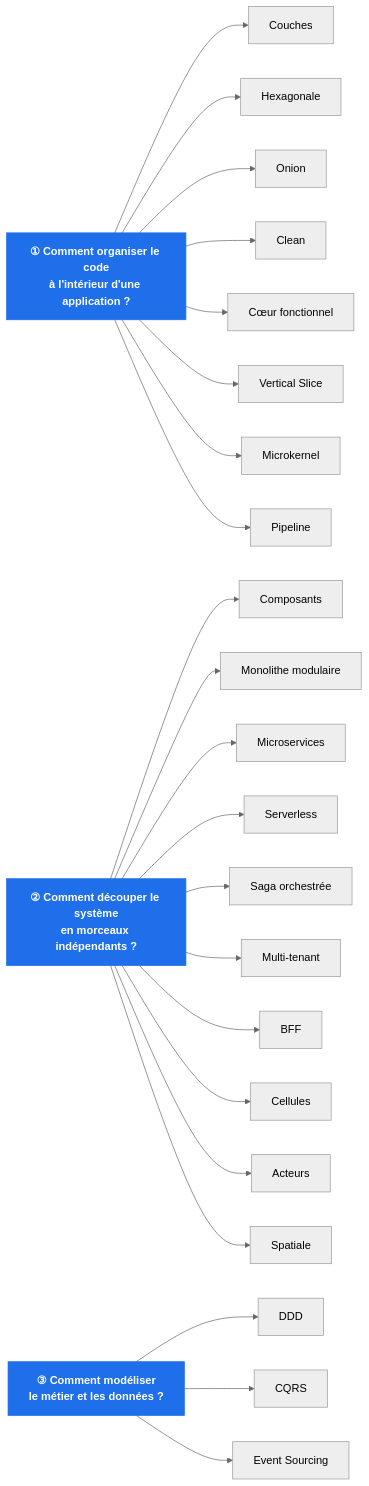
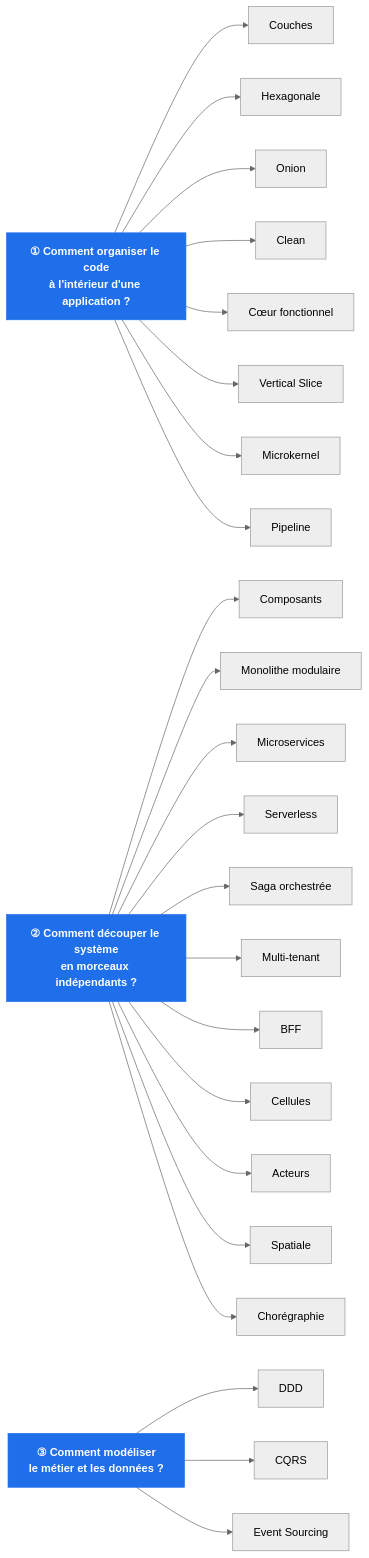
One commit to drangoht/ArchitecturesDemo changed the first of 4 diagrams in Docs/README.md. Above: the diagram before and after it, drawn with Mermaid (neutral theme). The commit also changed other lines of this file and 26 other files, not shown here.

````diff
--- a/Docs/README.md
+++ b/Docs/README.md
@@ -47,33 +48,34 @@
 ```mermaid
 flowchart LR
     Q1["<b>① Comment organiser le code<br/>à l'intérieur d'une application ?</b>"]
     Q2["<b>② Comment découper le système<br/>en morceaux indépendants ?</b>"]
     Q3["<b>③ Comment modéliser<br/>le métier et les données ?</b>"]
 
     Q1 --> C0["Couches"]
     Q1 --> C1["Hexagonale"]
     Q1 --> C2["Onion"]
     Q1 --> C3["Clean"]
     Q1 --> C4["Cœur fonctionnel"]
     Q1 --> C5["Vertical Slice"]
     Q1 --> C13["Microkernel"]
     Q1 --> C20["Pipeline"]
 
     Q2 --> D6["Composants"]
     Q2 --> D7["Monolithe modulaire"]
     Q2 --> D8["Microservices"]
     Q2 --> D12["Serverless"]
     Q2 --> D14["Saga orchestrée"]
     Q2 --> D15["Multi-tenant"]
     Q2 --> D16["BFF"]
     Q2 --> D17["Cellules"]
     Q2 --> D18["Acteurs"]
     Q2 --> D19["Spatiale"]
+    Q2 --> D21["Chorégraphie"]
 
     Q3 --> M11["DDD"]
     Q3 --> M9["CQRS"]
     Q3 --> M10["Event Sourcing"]
 
     classDef q fill:#1f6feb,color:#fff,stroke:#1f6feb
     class Q1,Q2,Q3 q
 ```
````
